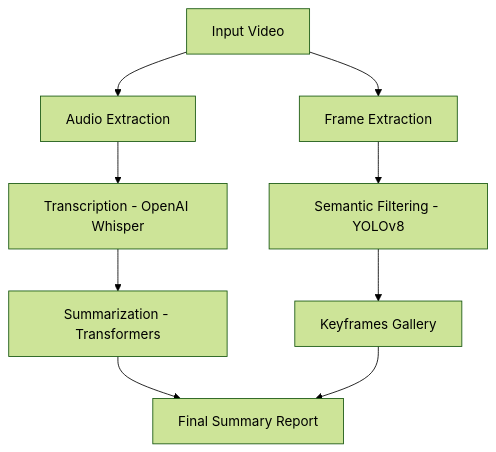
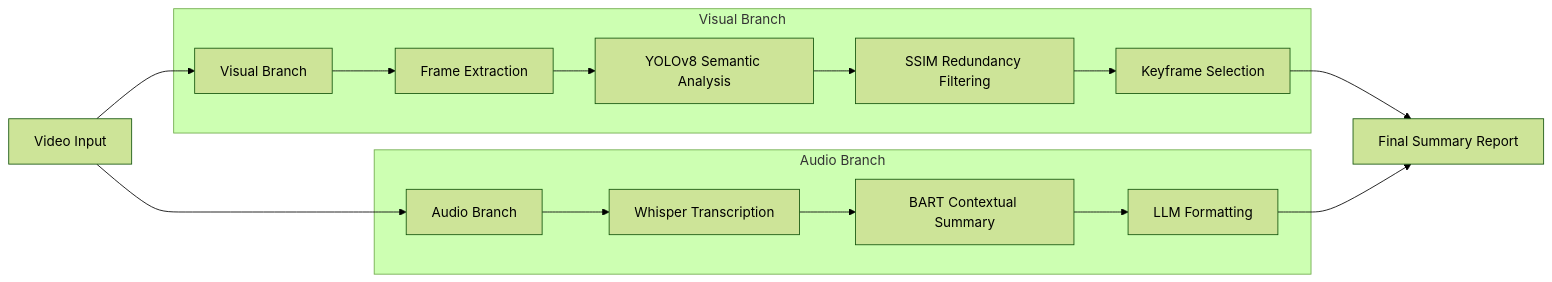
The diagram in README.md (deepak25-git/Video-Summarization-Using-Semantic-Key-Frame-Extraction), drawn with Mermaid (forest theme) before and after one commit. The commit also changed other lines of this file and 1 other file, not shown here.

````diff
--- a/README.md
+++ b/README.md
@@ -20,11 +33,21 @@
 ```mermaid
-graph TD
-    A[Input Video] --> B[Frame Extraction]
-    A --> C[Audio Extraction]
-    B --> D[Semantic Filtering - YOLOv8]
-    D --> E[Keyframes Gallery]
-    C --> F[Transcription - OpenAI Whisper]
-    F --> G[Summarization - Transformers]
-    G --> H[Final Summary Report]
-    E --> H
+graph LR
+    Input[Video Input] --> Visual[Visual Branch]
+    Input --> Audio[Audio Branch]
+    
+    subgraph Visual_Processing [Visual Branch]
+        Visual --> OpenCV[Frame Extraction]
+        OpenCV --> YOLO[YOLOv8 Semantic Analysis]
+        YOLO --> SSIM[SSIM Redundancy Filtering]
+        SSIM --> Keyframes[Keyframe Selection]
+    end
+    
+    subgraph Audio_Processing [Audio Branch]
+        Audio --> Whisper[Whisper Transcription]
+        Whisper --> BART[BART Contextual Summary]
+        BART --> LLM[LLM Formatting]
+    end
+    
+    Keyframes --> Final[Final Summary Report]
+    LLM --> Final
 ```
````
